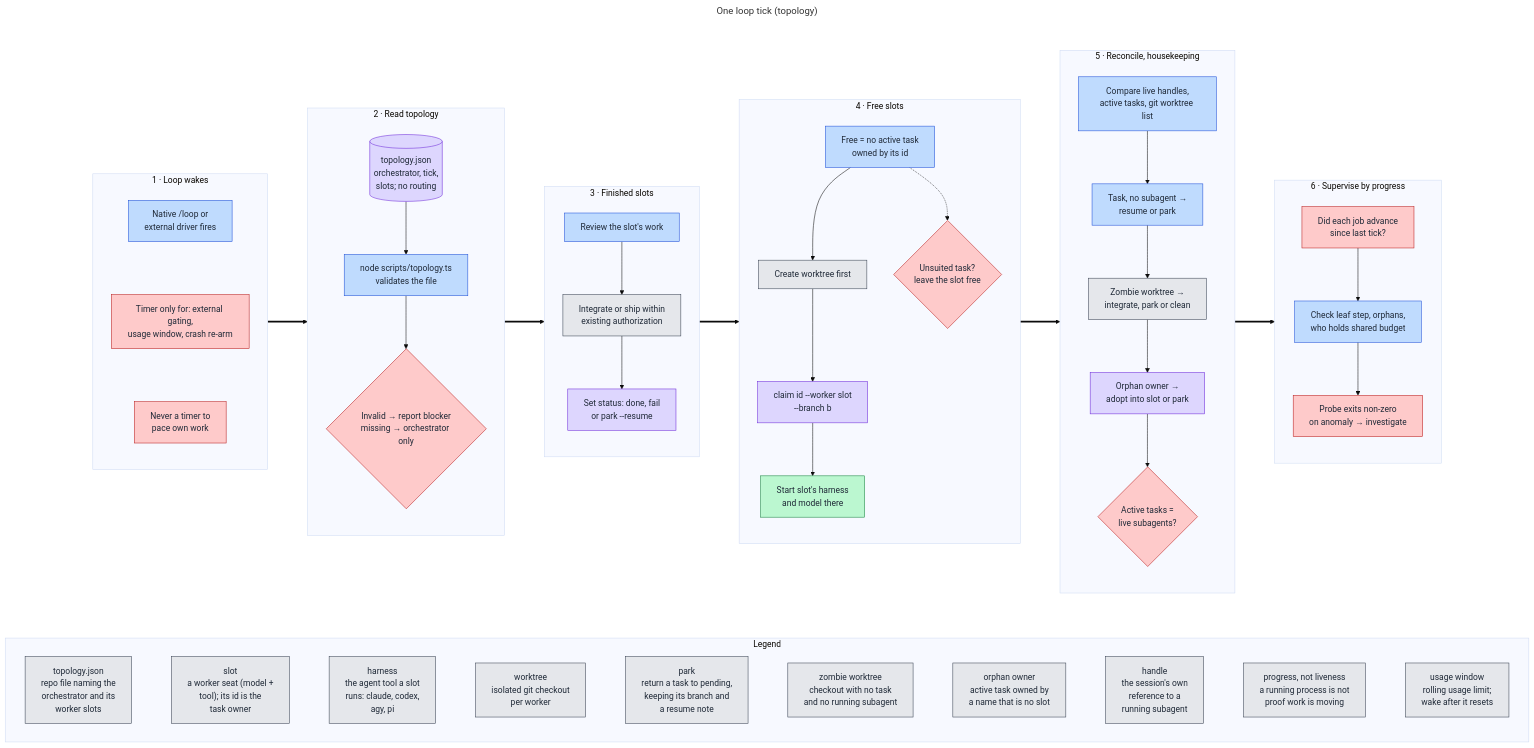
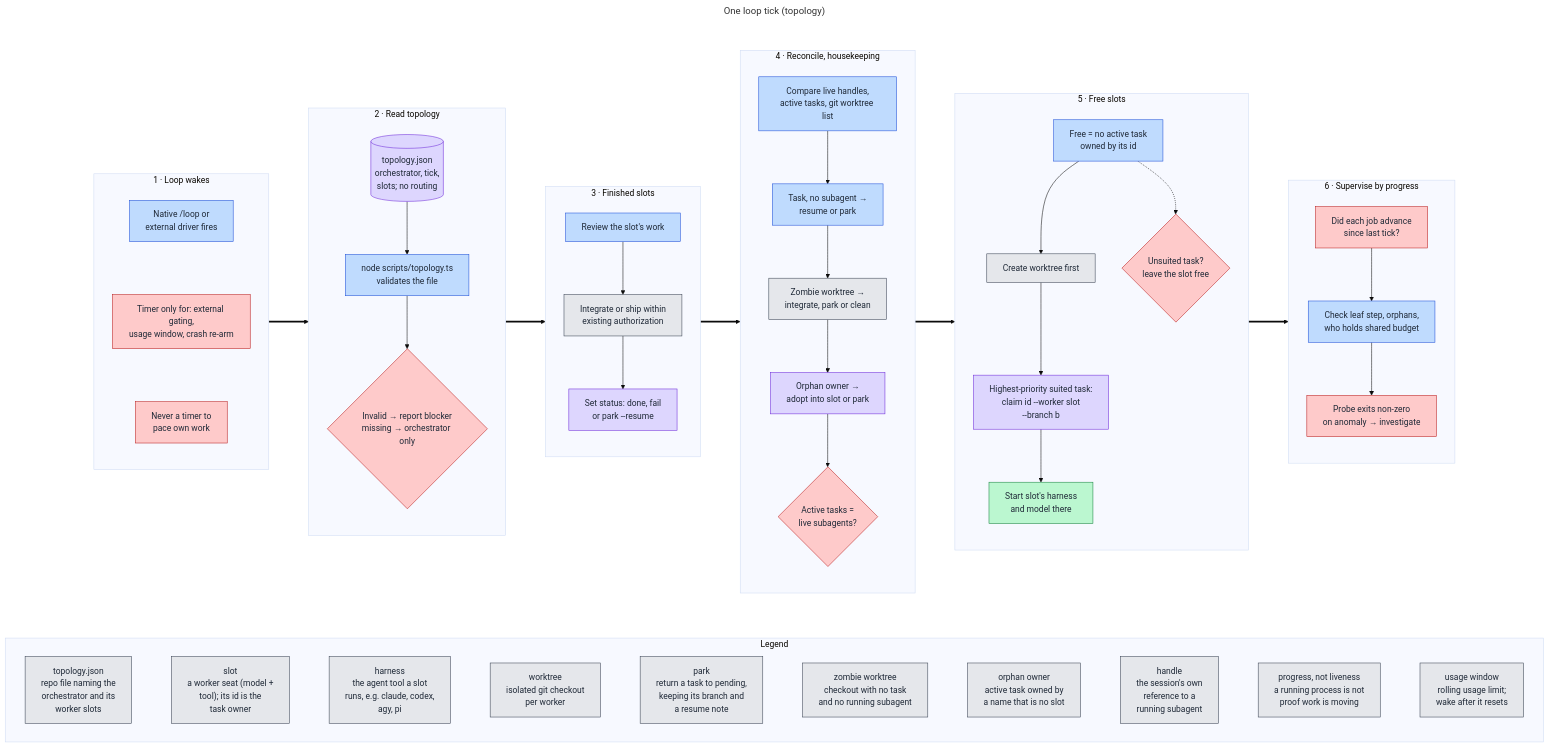
Before and after one commit to victusfate/scaffold: the diagram in docs/diagrams/src/loop-tick.mmd, drawn with Mermaid (base theme). The commit also changed 7 other files, not shown here.

Commit message:
docs(diagrams): correct loop-tick, session-continuity, scaffold-sync, add-linter against their sources

```diff
--- a/docs/diagrams/src/loop-tick.mmd
+++ b/docs/diagrams/src/loop-tick.mmd
@@ -1,90 +1,90 @@
 ---
 title: One loop tick (topology)
 ---
 flowchart TB
   classDef owner fill:#fde68a,stroke:#b45309,color:#1f2937
   classDef orch fill:#bfdbfe,stroke:#1d4ed8,color:#1f2937
   classDef state fill:#ddd6fe,stroke:#6d28d9,color:#1f2937
   classDef lane fill:#bbf7d0,stroke:#15803d,color:#1f2937
   classDef git fill:#e5e7eb,stroke:#374151,color:#1f2937
   classDef gate fill:#fecaca,stroke:#b91c1c,color:#1f2937
 
   %% Edges run between stage subgraphs (not inner nodes) so each stage keeps
   %% its own top-to-bottom direction and the whole image stays landscape.
 
   subgraph FLOW[" "]
   direction LR
 
   subgraph WAKE["1 · Loop wakes"]
     direction TB
     W1["Native /loop or<br/>external driver fires"]:::orch
     W2["Timer only for: external gating,<br/>usage window, crash re-arm"]:::gate
     W3["Never a timer to<br/>pace own work"]:::gate
     W1 ~~~ W2 ~~~ W3
   end
 
   subgraph TOPO["2 · Read topology"]
     direction TB
     T1[("topology.json<br/>orchestrator, tick,<br/>slots; no routing")]:::state
     T2["node scripts/topology.ts<br/>validates the file"]:::orch
     T3{"Invalid → report blocker<br/>missing → orchestrator only"}:::gate
     T1 --> T2 --> T3
   end
 
   subgraph REVIEW["3 · Finished slots"]
     direction TB
     R1["Review the slot's work"]:::orch
     R2["Integrate or ship within<br/>existing authorization"]:::git
     R3["Set status: done, fail<br/>or park --resume"]:::state
     R1 --> R2 --> R3
   end
 
-  subgraph DISPATCH["4 · Free slots"]
-    direction TB
-    D1["Free = no active task<br/>owned by its id"]:::orch
-    D2["Create worktree first"]:::git
-    D3["claim id --worker slot<br/>--branch b"]:::state
-    D4["Start slot's harness<br/>and model there"]:::lane
-    D5{"Unsuited task?<br/>leave the slot free"}:::gate
-    D1 --> D2 --> D3 --> D4
-    D1 -.-> D5
-  end
-
-  subgraph RECON["5 · Reconcile, housekeeping"]
+  subgraph RECON["4 · Reconcile, housekeeping"]
     direction TB
     H1["Compare live handles,<br/>active tasks, git worktree list"]:::orch
     H2["Task, no subagent →<br/>resume or park"]:::orch
     H3["Zombie worktree →<br/>integrate, park or clean"]:::git
     H4["Orphan owner →<br/>adopt into slot or park"]:::state
     H5{"Active tasks =<br/>live subagents?"}:::gate
     H1 --> H2 --> H3 --> H4 --> H5
+  end
+
+  subgraph DISPATCH["5 · Free slots"]
+    direction TB
+    D1["Free = no active task<br/>owned by its id"]:::orch
+    D2["Create worktree first"]:::git
+    D3["Highest-priority suited task:<br/>claim id --worker slot<br/>--branch b"]:::state
+    D4["Start slot's harness<br/>and model there"]:::lane
+    D5{"Unsuited task?<br/>leave the slot free"}:::gate
+    D1 --> D2 --> D3 --> D4
+    D1 -.-> D5
   end
 
   subgraph SUPER["6 · Supervise by progress"]
     direction TB
     P1["Did each job advance<br/>since last tick?"]:::gate
     P2["Check leaf step, orphans,<br/>who holds shared budget"]:::orch
     P3["Probe exits non-zero<br/>on anomaly → investigate"]:::gate
     P1 --> P2 --> P3
   end
 
-  WAKE ==> TOPO ==> REVIEW ==> DISPATCH ==> RECON ==> SUPER
+  WAKE ==> TOPO ==> REVIEW ==> RECON ==> DISPATCH ==> SUPER
   end
   style FLOW fill:none,stroke:none
 
   subgraph LEGEND["Legend"]
     direction LR
     L1["topology.json<br/>repo file naming the<br/>orchestrator and its<br/>worker slots"]:::git
     L2["slot<br/>a worker seat (model +<br/>tool); its id is the<br/>task owner"]:::git
-    L3["harness<br/>the agent tool a slot<br/>runs: claude, codex,<br/>agy, pi"]:::git
+    L3["harness<br/>the agent tool a slot<br/>runs, e.g. claude, codex,<br/>agy, pi"]:::git
     L5["worktree<br/>isolated git checkout<br/>per worker"]:::git
     L6["park<br/>return a task to pending,<br/>keeping its branch and<br/>a resume note"]:::git
     L7["zombie worktree<br/>checkout with no task<br/>and no running subagent"]:::git
     L8["orphan owner<br/>active task owned by<br/>a name that is no slot"]:::git
     L9["handle<br/>the session's own<br/>reference to a<br/>running subagent"]:::git
     L10["progress, not liveness<br/>a running process is not<br/>proof work is moving"]:::git
     L11["usage window<br/>rolling usage limit;<br/>wake after it resets"]:::git
     L1 ~~~ L2 ~~~ L3 ~~~ L5 ~~~ L6 ~~~ L7 ~~~ L8 ~~~ L9 ~~~ L10 ~~~ L11
   end
 
   FLOW ~~~ LEGEND
```
